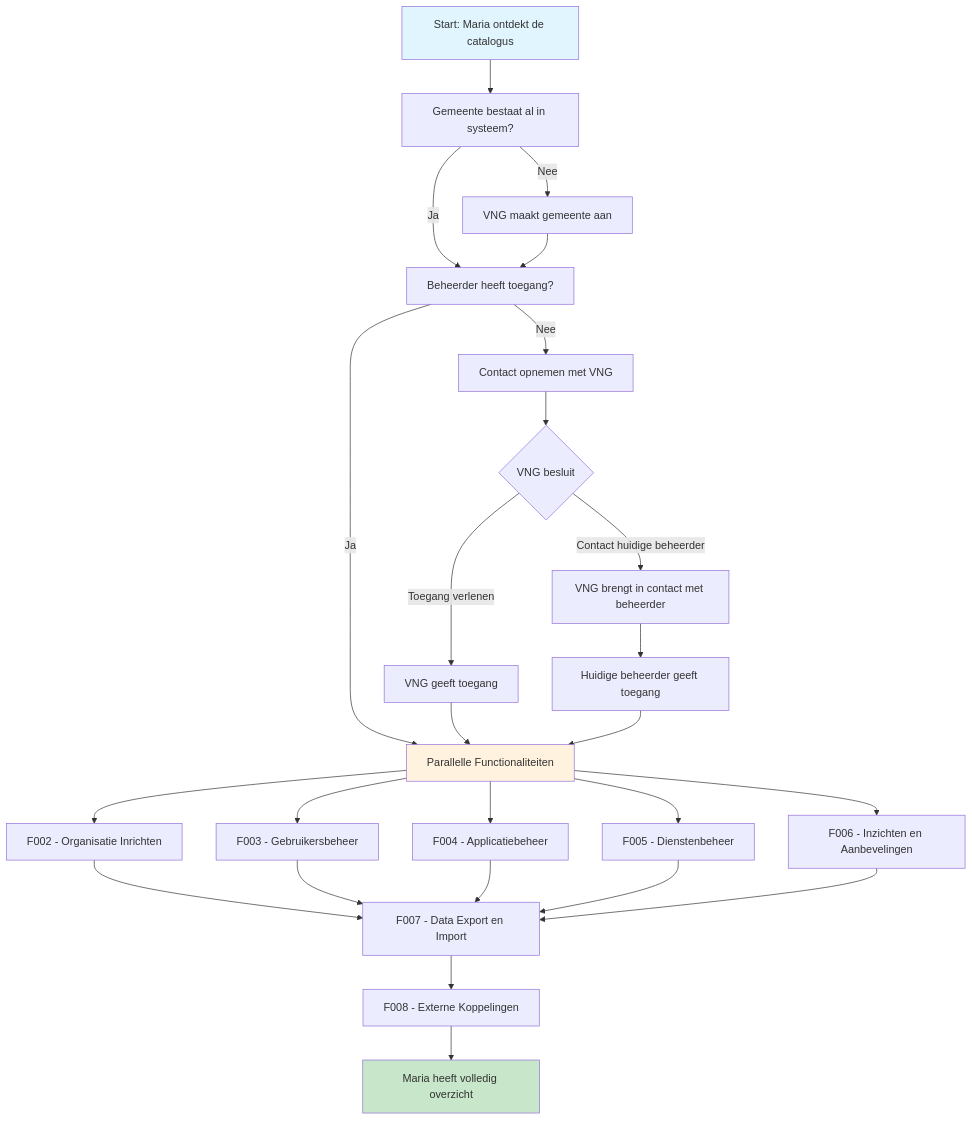
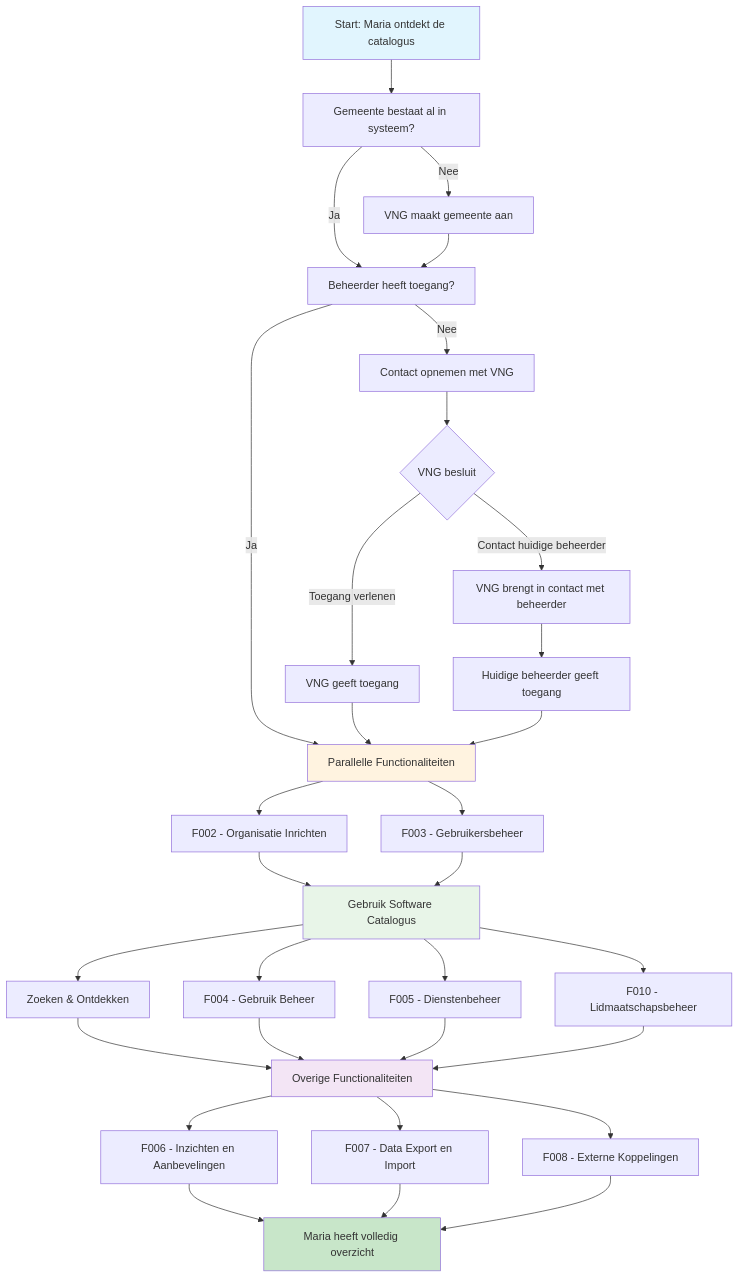
The diagram in website/docs/Klantreizen/klantreis_gemeente.md (VNG-Realisatie/Softwarecatalogus), drawn with Mermaid before and after one commit. The commit also changed other lines of this file and 4 other files, not shown here.

````diff
--- a/website/docs/Klantreizen/klantreis_gemeente.md
+++ b/website/docs/Klantreizen/klantreis_gemeente.md
@@ -46,37 +46,49 @@
 ```mermaid
 flowchart TD
     A[Start: Maria ontdekt de catalogus] --> B[Gemeente bestaat al in systeem?]
     B -->|Ja| C[Beheerder heeft toegang?]
     B -->|Nee| B1[VNG maakt gemeente aan]
     B1 --> C
     C -->|Ja| PARALLEL[Parallelle Functionaliteiten]
     C -->|Nee| C1[Contact opnemen met VNG]
     C1 --> C2{VNG besluit}
     C2 -->|Toegang verlenen| C3[VNG geeft toegang]
     C2 -->|Contact huidige beheerder| C4[VNG brengt in contact met beheerder]
     C3 --> PARALLEL
     C4 --> C5[Huidige beheerder geeft toegang]
     C5 --> PARALLEL
     
-    %% Parallelle functionaliteiten
+    %% Basis inrichting
     PARALLEL --> F002[F002 - Organisatie Inrichten]
     PARALLEL --> F003[F003 - Gebruikersbeheer]
-    PARALLEL --> F004[F004 - Applicatiebeheer]
-    PARALLEL --> F005[F005 - Dienstenbeheer]
-    PARALLEL --> F006[F006 - Inzichten en Aanbevelingen]
     
-    %% Convergentie naar export
-    F002 --> F007[F007 - Data Export en Import]
-    F003 --> F007
-    F004 --> F007
-    F005 --> F007
-    F006 --> F007
+    %% Gebruik Software Catalogus (parallelle activiteiten)
+    F002 --> GEBRUIK[Gebruik Software Catalogus]
+    F003 --> GEBRUIK
     
-    F007 --> F008[F008 - Externe Koppelingen]
-    F008 --> END[Maria heeft volledig overzicht]
+    GEBRUIK --> ZOEKEN[Zoeken & Ontdekken]
+    GEBRUIK --> F004[F004 - Gebruik Beheer]
+    GEBRUIK --> F005[F005 - Dienstenbeheer]
+    GEBRUIK --> F010[F010 - Lidmaatschapsbeheer]
+    
+    %% Overige functionaliteiten
+    ZOEKEN --> OVERIG[Overige Functionaliteiten]
+    F004 --> OVERIG
+    F005 --> OVERIG
+    F010 --> OVERIG
+    
+    OVERIG --> F006[F006 - Inzichten en Aanbevelingen]
+    OVERIG --> F007[F007 - Data Export en Import]
+    OVERIG --> F008[F008 - Externe Koppelingen]
+    
+    F006 --> END[Maria heeft volledig overzicht]
+    F007 --> END
+    F008 --> END
     
     %% Styling
     style A fill:#e1f5fe
     style END fill:#c8e6c9
     style PARALLEL fill:#fff3e0
+    style GEBRUIK fill:#e8f5e8
+    style OVERIG fill:#f3e5f5
 ```
````
